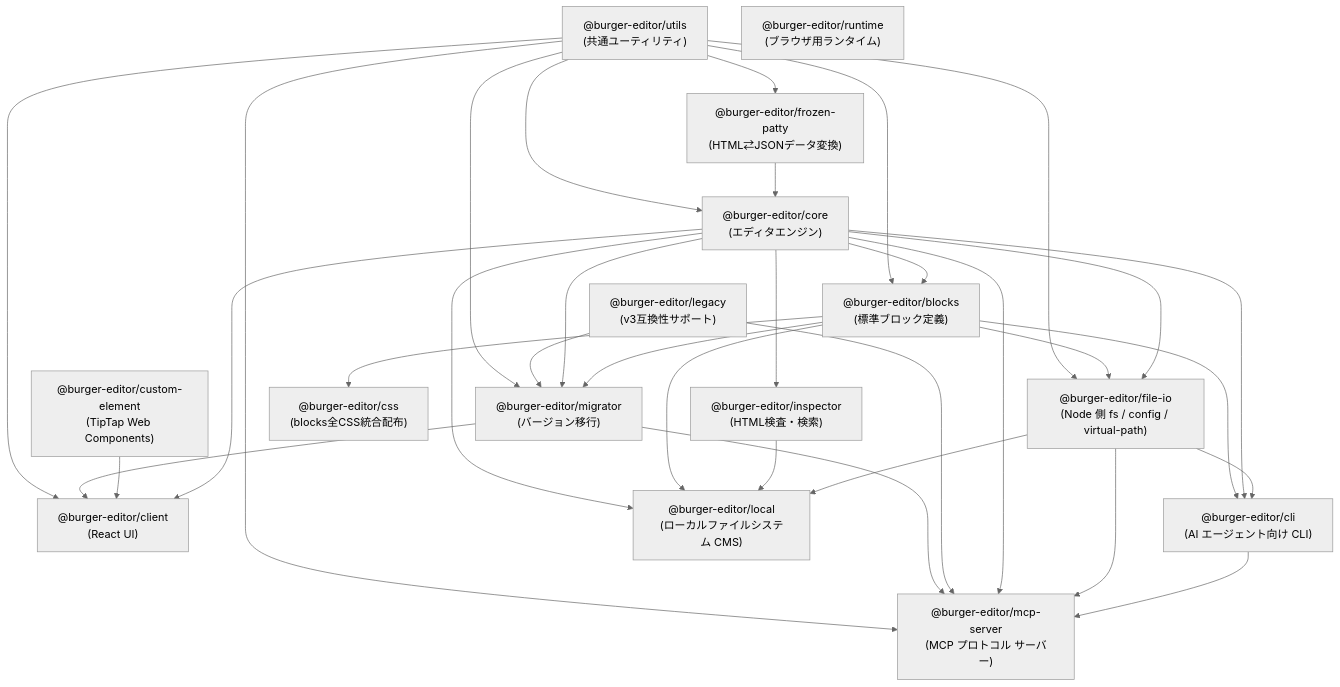
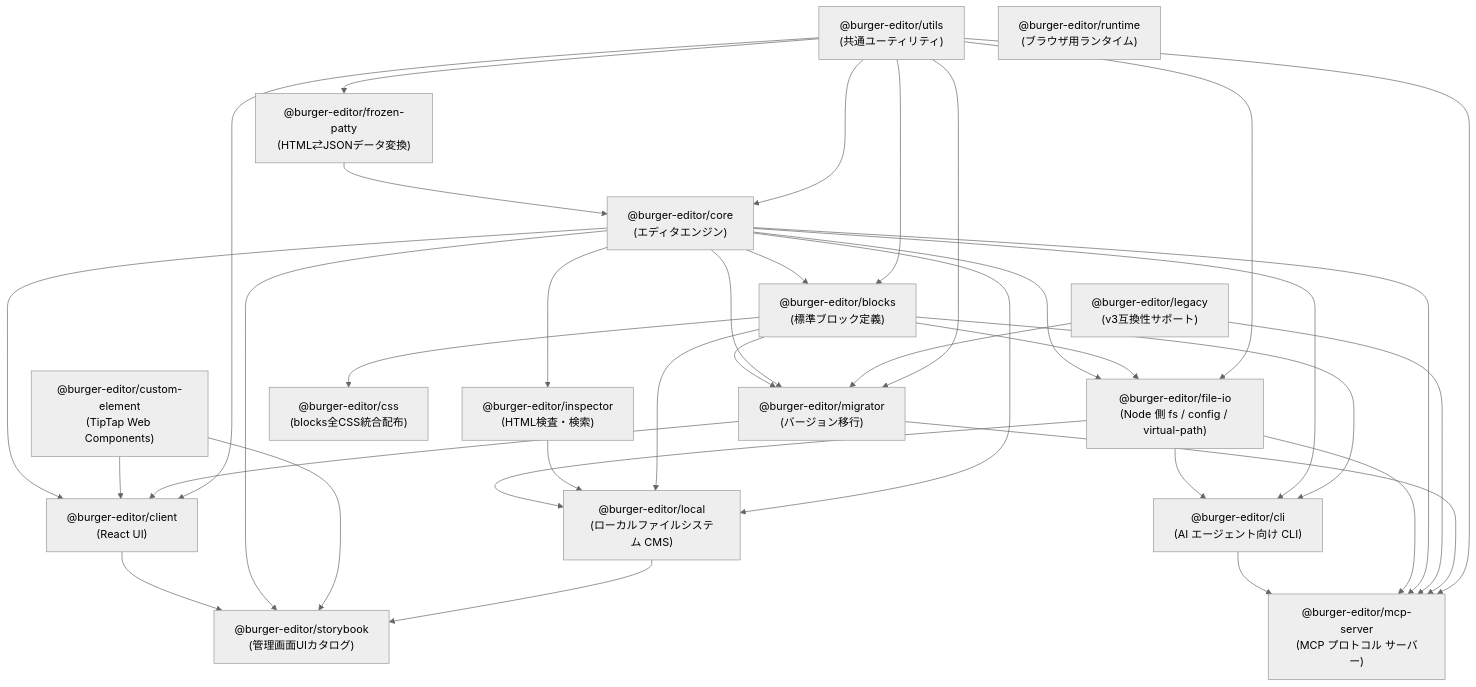
The diagram in ARCHITECTURE.md (d-zero-dev/BurgerEditor), drawn with Mermaid (neutral theme) before and after one commit. The commit also changed other lines of this file and 37 other files, not shown here.

````diff
--- a/ARCHITECTURE.md
+++ b/ARCHITECTURE.md
@@ -9,73 +9,80 @@
 ```mermaid
 graph TD
     utils["@burger-editor/utils<br/>(共通ユーティリティ)"]
     frozen["@burger-editor/frozen-patty<br/>(HTML⇄JSONデータ変換)"]
     core["@burger-editor/core<br/>(エディタエンジン)"]
     blocks["@burger-editor/blocks<br/>(標準ブロック定義)"]
     client["@burger-editor/client<br/>(React UI)"]
     custom["@burger-editor/custom-element<br/>(TipTap Web Components)"]
     migrator["@burger-editor/migrator<br/>(バージョン移行)"]
     inspector["@burger-editor/inspector<br/>(HTML検査・検索)"]
     fileio["@burger-editor/file-io<br/>(Node 側 fs / config / virtual-path)"]
     cli["@burger-editor/cli<br/>(AI エージェント向け CLI)"]
     local["@burger-editor/local<br/>(ローカルファイルシステム CMS)"]
     mcp["@burger-editor/mcp-server<br/>(MCP プロトコル サーバー)"]
     legacy["@burger-editor/legacy<br/>(v3互換性サポート)"]
     css["@burger-editor/css<br/>(blocks全CSS統合配布)"]
     runtime["@burger-editor/runtime<br/>(ブラウザ用ランタイム)"]
+    storybook["@burger-editor/storybook<br/>(管理画面UIカタログ)"]
 
     %% Core dependencies
     utils --> frozen
     frozen --> core
     utils --> core
 
     %% Block dependencies
     core --> blocks
     utils --> blocks
 
     %% CSS distribution
     blocks --> css
 
     %% Client dependencies
     core --> client
     custom --> client
     migrator --> client
     utils --> client
 
     %% Migrator dependencies
     blocks --> migrator
     core --> migrator
     legacy --> migrator
     utils --> migrator
 
     %% Inspector dependencies
     core --> inspector
 
     %% File-IO (Node 側集約)
     core --> fileio
     blocks --> fileio
     utils --> fileio
 
     %% Local dependencies (file-io 経由で fs を扱うようリファクタ済み)
     fileio --> local
     inspector --> local
     blocks --> local
     core --> local
 
     %% CLI (AI エージェント向け)
     fileio --> cli
     core --> cli
     blocks --> cli
 
     %% MCP Server (v3 互換 + v4 ツールは CLI 経由)
     cli --> mcp
     fileio --> mcp
     core --> mcp
     legacy --> mcp
     migrator --> mcp
     utils --> mcp
 
+    %% Storybook (開発時のコンポーネントカタログ、他パッケージからは依存されない末端)
+    client --> storybook
+    core --> storybook
+    custom --> storybook
+    local --> storybook
+
     %% Independent packages
     legacy
     runtime
 ```
````
